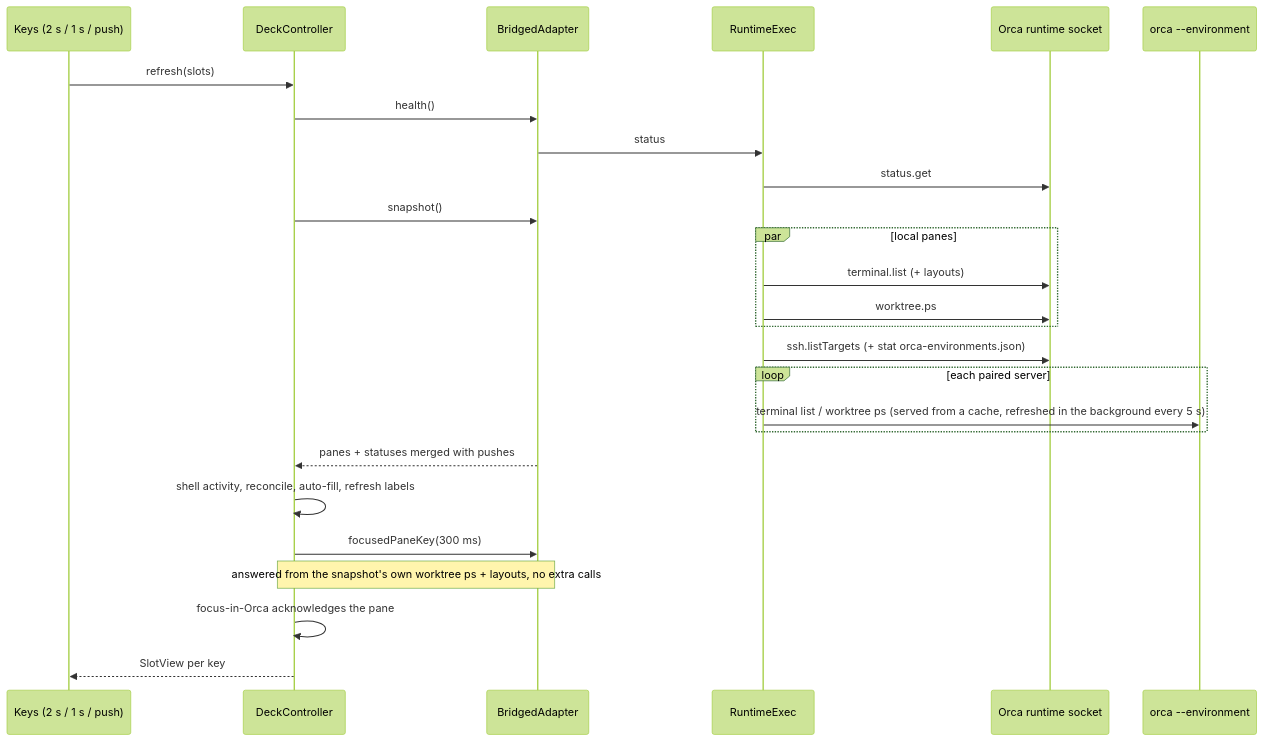
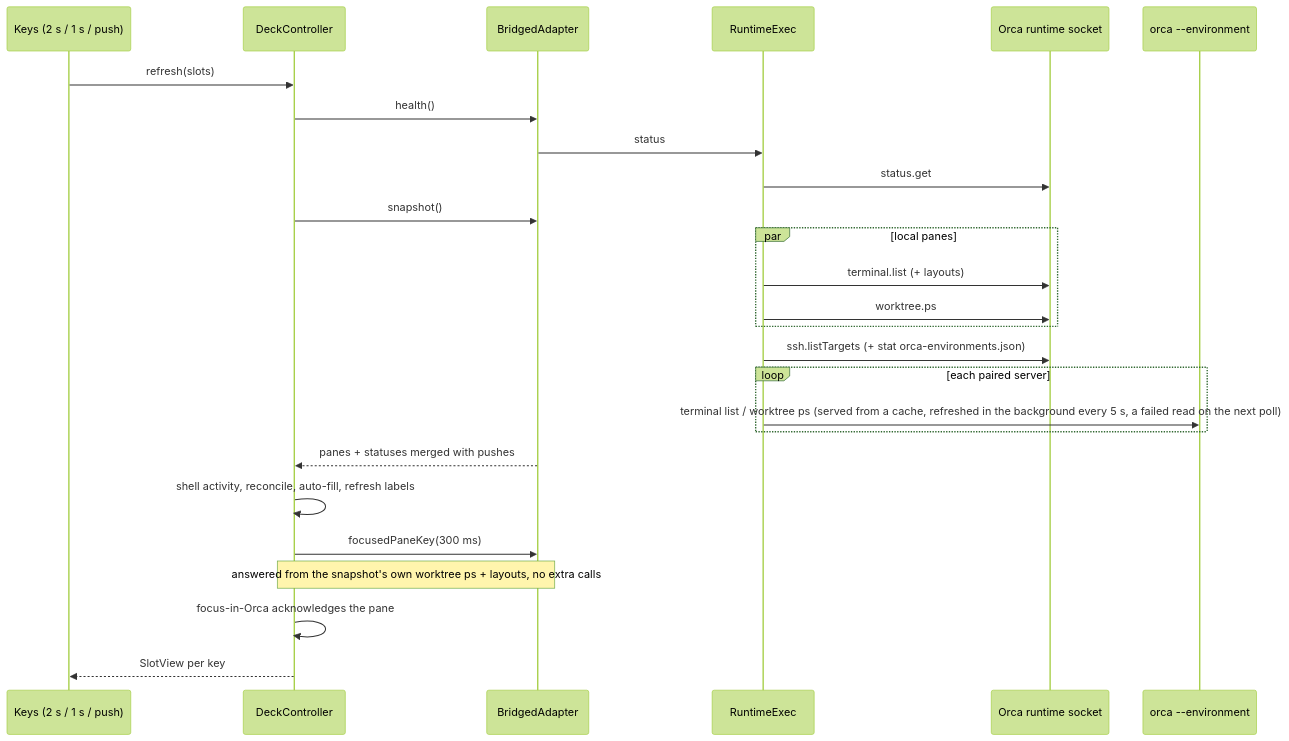
The third of 5 diagrams in docs/architecture.md (1am/orca-agent-deck), drawn with Mermaid (forest theme) before and after one commit. The commit also changed other lines of this file and 15 other files, not shown here.

````diff
--- a/docs/architecture.md
+++ b/docs/architecture.md
@@ -119,28 +119,28 @@
 ```mermaid
 sequenceDiagram
   participant K as Keys (2 s / 1 s / push)
   participant C as DeckController
   participant BA as BridgedAdapter
   participant X as RuntimeExec
   participant R as Orca runtime socket
   participant CLI as orca --environment
   K->>C: refresh(slots)
   C->>BA: health()
   BA->>X: status
   X->>R: status.get
   C->>BA: snapshot()
   par local panes
     X->>R: terminal.list (+ layouts)
     X->>R: worktree.ps
   end
   X->>R: ssh.listTargets (+ stat orca-environments.json)
   loop each paired server
-    X->>CLI: terminal list / worktree ps (served from a cache, refreshed in the background every 5 s)
+    X->>CLI: terminal list / worktree ps (served from a cache, refreshed in the background every 5 s, a failed read on the next poll)
   end
   BA-->>C: panes + statuses merged with pushes
   C->>C: shell activity, reconcile, auto-fill, refresh labels
   C->>BA: focusedPaneKey(300 ms)
   Note over BA,C: answered from the snapshot's own worktree ps + layouts, no extra calls
   C->>C: focus-in-Orca acknowledges the pane
   C-->>K: SlotView per key
 ```
````
